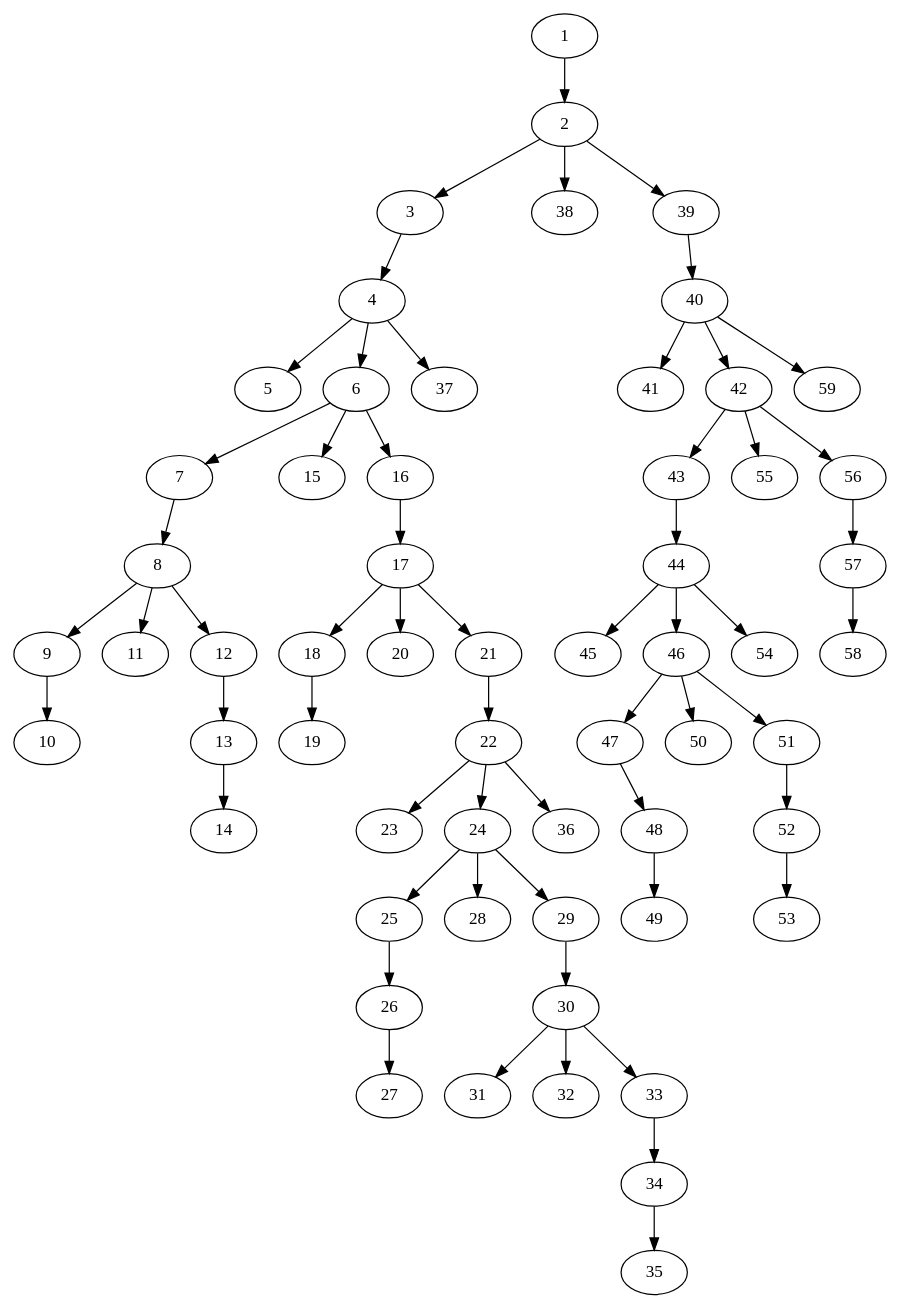
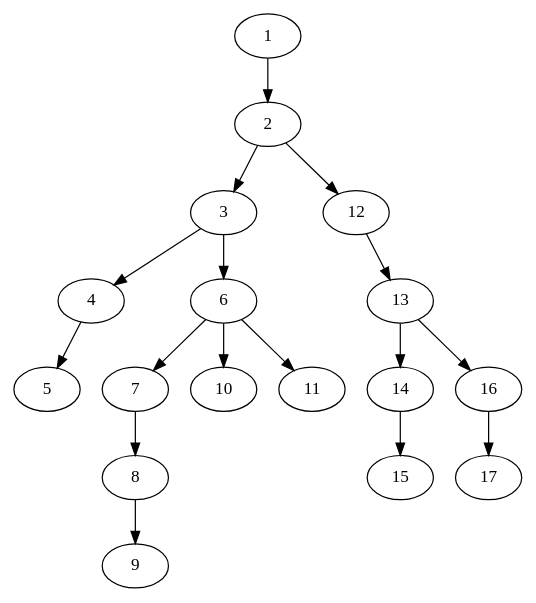
Before and after one commit to Ajax12345/caspian-lang: the diagram in caspian/src/ast_stuff.dot, drawn with Graphviz. The commit also changed 4 other files, not shown here.

```diff
--- a/caspian/src/ast_stuff.dot
+++ b/caspian/src/ast_stuff.dot
@@ -1,60 +1,18 @@
 strict digraph "" {
 	1 -> 2;
 	2 -> 3;
-	2 -> 38;
-	2 -> 39;
+	2 -> 12;
 	3 -> 4;
+	3 -> 6;
 	4 -> 5;
-	4 -> 6;
-	4 -> 37;
 	6 -> 7;
-	6 -> 15;
-	6 -> 16;
+	6 -> 10;
+	6 -> 11;
 	7 -> 8;
 	8 -> 9;
-	8 -> 11;
-	8 -> 12;
-	9 -> 10;
 	12 -> 13;
 	13 -> 14;
+	13 -> 16;
+	14 -> 15;
 	16 -> 17;
-	17 -> 18;
-	17 -> 20;
-	17 -> 21;
-	18 -> 19;
-	21 -> 22;
-	22 -> 23;
-	22 -> 24;
-	22 -> 36;
-	24 -> 25;
-	24 -> 28;
-	24 -> 29;
-	25 -> 26;
-	26 -> 27;
-	29 -> 30;
-	30 -> 31;
-	30 -> 32;
-	30 -> 33;
-	33 -> 34;
-	34 -> 35;
-	39 -> 40;
-	40 -> 41;
-	40 -> 42;
-	40 -> 59;
-	42 -> 43;
-	42 -> 55;
-	42 -> 56;
-	43 -> 44;
-	44 -> 45;
-	44 -> 46;
-	44 -> 54;
-	46 -> 47;
-	46 -> 50;
-	46 -> 51;
-	47 -> 48;
-	48 -> 49;
-	51 -> 52;
-	52 -> 53;
-	56 -> 57;
-	57 -> 58;
 }
```
